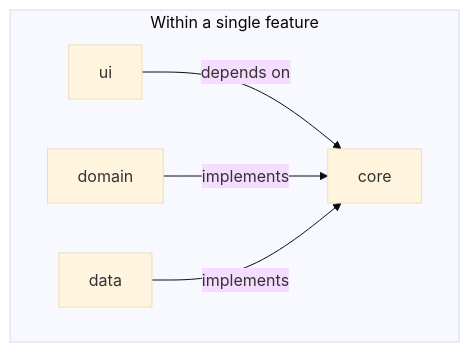
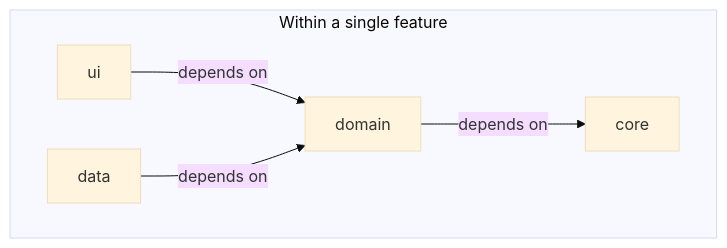
The second of 11 diagrams in README.md (Ashanen/Castociasto), drawn with Mermaid (base theme) before and after one commit. The commit also changed other lines of this file, not shown here.

Commit message:
Update README: UI -> Domain <- Data diagrams, single-feature and cross-feature examples

````diff
--- a/README.md
+++ b/README.md
@@ -129,8 +128,8 @@
 ```mermaid
 graph TB
     subgraph "Within a single feature"
-        UI[ui] -->|depends on| CORE[core]
-        DOM[domain] -->|implements| CORE
-        DAT[data] -->|implements| CORE
+        UI[ui] -->|depends on| DOM[domain]
+        DAT[data] -->|depends on| DOM
+        DOM -->|depends on| CORE[core]
     end
 ```
````
